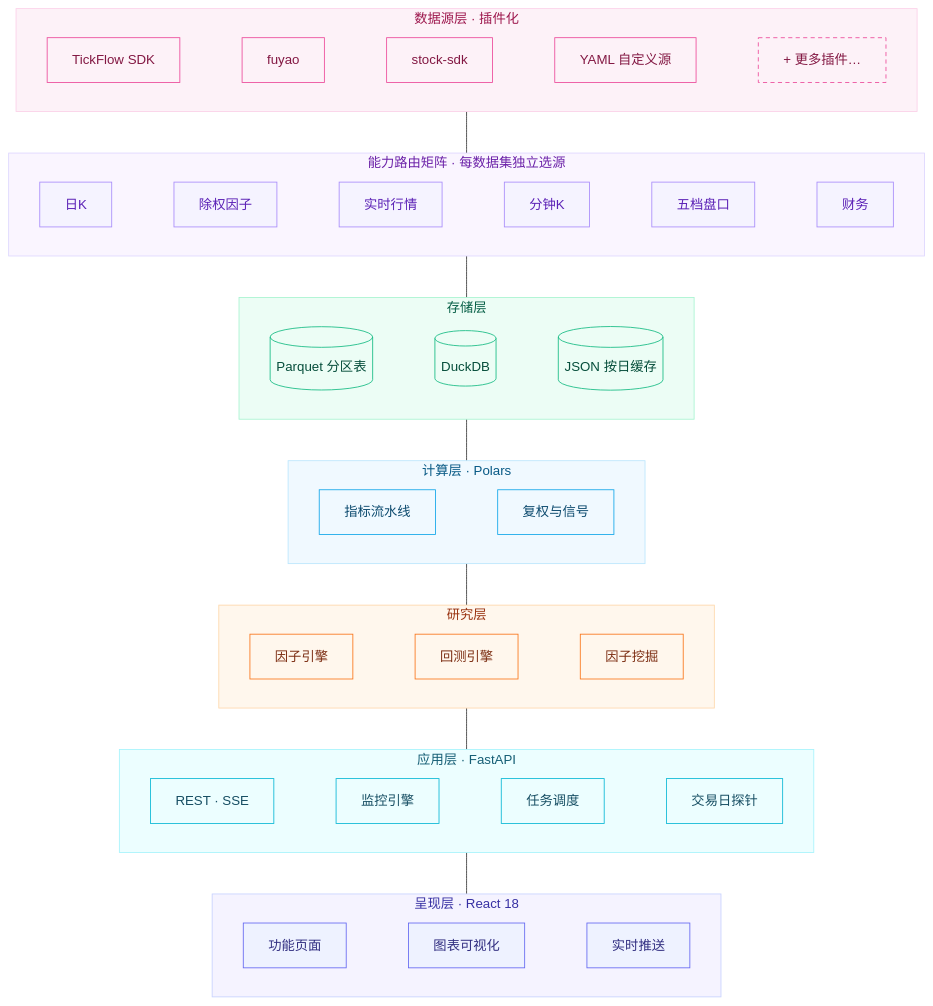
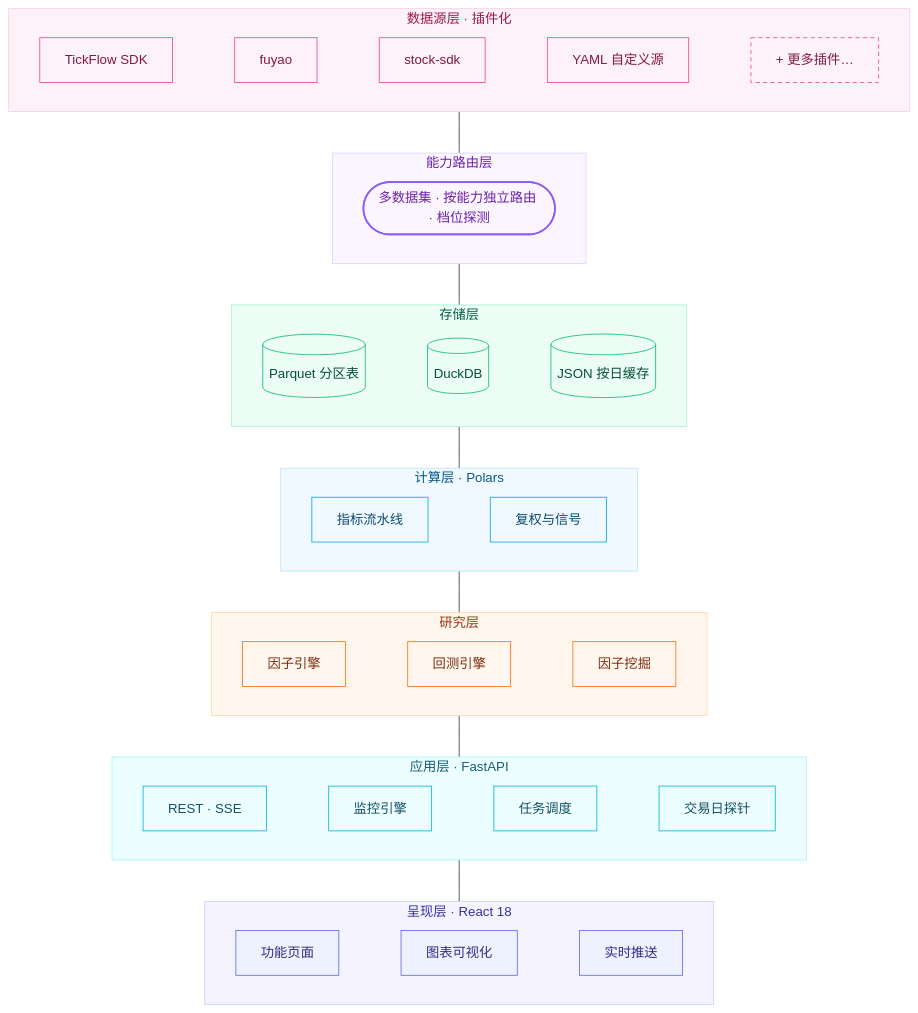
The diagram in README.md (kevin9327/tick-stock-panel), drawn with Mermaid before and after one commit.

Commit message:
docs(readme): 能力路由层回退为单 stadium 节点, 数据源层保留插件槽位
- 数据源层不变: 四源 + 虚线「+ 更多插件…」表达可插拔
- 能力路由层弃用六数据集芯片行, 恢复之前版本的
  「多数据集 · 按能力独立路由 · 档位探测」stadium 节点
- 实测: 7 带 21 节点, 源行 y=58 齐平, 735×1091

````diff
--- a/README.md
+++ b/README.md
@@ -148,70 +148,70 @@
 ```mermaid
 flowchart TB
     subgraph DATA["数据源层 · 插件化"]
         direction LR
         D1["TickFlow SDK"] ~~~ D2["fuyao"] ~~~ D3["stock-sdk"] ~~~ D4["YAML 自定义源"] ~~~ D5["+ 更多插件…"]
     end
 
-    subgraph ROUTE["能力路由矩阵 · 每数据集独立选源"]
+    subgraph ROUTE["能力路由层"]
         direction LR
-        DS1["日K"] ~~~ DS2["除权因子"] ~~~ DS3["实时行情"] ~~~ DS4["分钟K"] ~~~ DS5["五档盘口"] ~~~ DS6["财务"]
+        R(["多数据集 · 按能力独立路由 · 档位探测"])
     end
 
     subgraph STORE["存储层"]
         direction LR
         ST1[("Parquet 分区表")] ~~~ ST2[("DuckDB")] ~~~ ST3[("JSON 按日缓存")]
     end
 
     subgraph CALC["计算层 · Polars"]
         direction LR
         C1["指标流水线"] ~~~ C2["复权与信号"]
     end
 
     subgraph RES["研究层"]
         direction LR
         G1["因子引擎"] ~~~ G2["回测引擎"] ~~~ G3["因子挖掘"]
     end
 
     subgraph SVC["应用层 · FastAPI"]
         direction LR
         S1["REST · SSE"] ~~~ S2["监控引擎"] ~~~ S3["任务调度"] ~~~ S4["交易日探针"]
     end
 
     subgraph FE["呈现层 · React 18"]
         direction LR
         F1["功能页面"] ~~~ F2["图表可视化"] ~~~ F3["实时推送"]
     end
 
     DATA --- ROUTE
     ROUTE --- STORE
     STORE --- CALC
     CALC --- RES
     RES --- SVC
     SVC --- FE
 
     classDef fe fill:#eef2ff,stroke:#6366f1,color:#312e81
     classDef svc fill:#ecfeff,stroke:#06b6d4,color:#164e63
     classDef res fill:#fff7ed,stroke:#f97316,color:#7c2d12
     classDef calc fill:#f0f9ff,stroke:#0ea5e9,color:#0c4a6e
     classDef store fill:#ecfdf5,stroke:#10b981,color:#064e3b
     classDef data fill:#fdf2f8,stroke:#ec4899,color:#831843
     classDef pluginSlot fill:#fdf2f8,stroke:#ec4899,color:#831843,stroke-dasharray:5 4
-    classDef dataset fill:#f5f3ff,stroke:#a78bfa,color:#5b21b6
+    classDef route fill:#faf5ff,stroke:#8b5cf6,color:#6b21a8,stroke-width:2px
 
     class F1,F2,F3 fe
     class S1,S2,S3,S4 svc
     class G1,G2,G3 res
     class C1,C2 calc
     class ST1,ST2,ST3 store
     class D1,D2,D3,D4 data
     class D5 pluginSlot
-    class DS1,DS2,DS3,DS4,DS5,DS6 dataset
+    class R route
 
     style FE fill:#f5f3ff,stroke:#c7d2fe,color:#3730a3
     style SVC fill:#ecfeff,stroke:#a5f3fc,color:#155e75
     style RES fill:#fff7ed,stroke:#fed7aa,color:#9a3412
     style CALC fill:#f0f9ff,stroke:#bae6fd,color:#075985
     style STORE fill:#ecfdf5,stroke:#a7f3d0,color:#065f46
     style ROUTE fill:#faf5ff,stroke:#ddd6fe,color:#6b21a8
     style DATA fill:#fdf2f8,stroke:#fbcfe8,color:#9d174d
 ```
````
